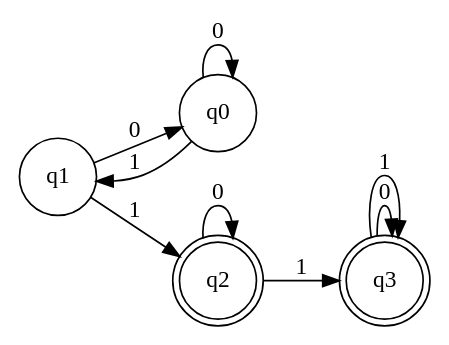
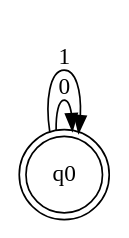
The diagram in src/main/resources/dot/automaton.dot (matixinha-College/FSMA-Finite-State-Machine-AMANDA), drawn with Graphviz before and after one commit. The commit also changed 4 other files, not shown here.

```diff
--- a/src/main/resources/dot/automaton.dot
+++ b/src/main/resources/dot/automaton.dot
@@ -1,14 +1,8 @@
 digraph finite_state_machine {
 rankdir=LR;
 size="8,5"
-node [shape = doublecircle]; q2 q3 ;
+node [shape = doublecircle]; q0 ;
 node [shape = circle];
 q0 -> q0 [label="0"];
-q0 -> q1 [label="1"];
-q1 -> q0 [label="0"];
-q1 -> q2 [label="1"];
-q2 -> q2 [label="0"];
-q2 -> q3 [label="1"];
-q3 -> q3 [label="0"];
-q3 -> q3 [label="1"];
+q0 -> q0 [label="1"];
 }
```
